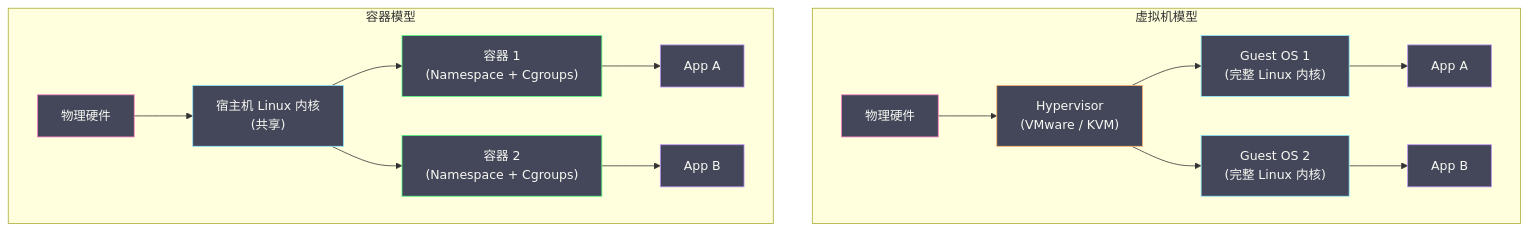
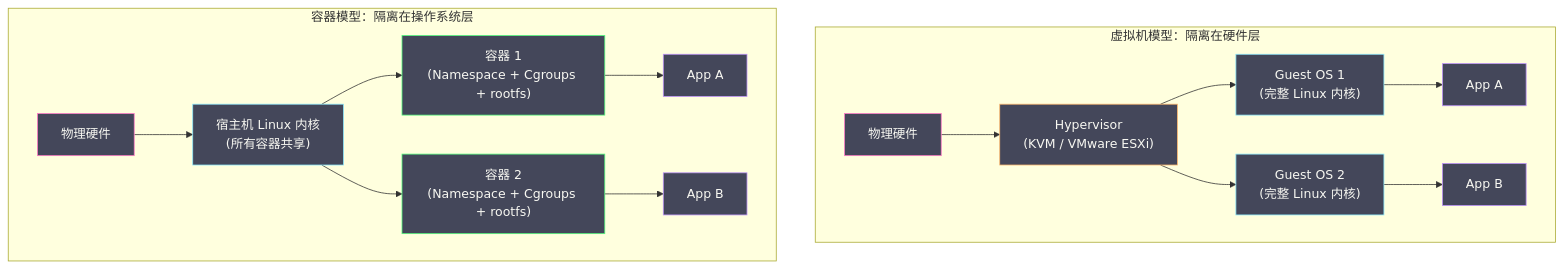
The first of 5 diagrams in content/云原生/Docker/01 容器的本质——从进程隔离到 OCI 标准.md (hpliStartAgain/my-brain), drawn with Mermaid before and after one commit. The commit also changed other lines of this file and 47 other files, not shown here.

````diff
--- a/content/云原生/Docker/01 容器的本质——从进程隔离到 OCI 标准.md
+++ b/content/云原生/Docker/01 容器的本质——从进程隔离到 OCI 标准.md
@@ -46,45 +63,45 @@
 ```mermaid
 %%{init: {'theme': 'dracula'}}%%
 graph TD
-    subgraph "虚拟机模型"
+    subgraph "虚拟机模型：隔离在硬件层"
         HW1["物理硬件"]
-        HV["Hypervisor</br>(VMware / KVM)"]
+        HV["Hypervisor</br>(KVM / VMware ESXi)"]
         VM1["Guest OS 1</br>(完整 Linux 内核)"]
         VM2["Guest OS 2</br>(完整 Linux 内核)"]
         APP1["App A"]
         APP2["App B"]
 
         HW1 --> HV
         HV --> VM1
         HV --> VM2
         VM1 --> APP1
         VM2 --> APP2
     end
 
-    subgraph "容器模型"
+    subgraph "容器模型：隔离在操作系统层"
         HW2["物理硬件"]
-        HOST["宿主机 Linux 内核</br>(共享)"]
-        C1["容器 1</br>(Namespace + Cgroups)"]
-        C2["容器 2</br>(Namespace + Cgroups)"]
+        HOST["宿主机 Linux 内核</br>(所有容器共享)"]
+        C1["容器 1</br>(Namespace + Cgroups + rootfs)"]
+        C2["容器 2</br>(Namespace + Cgroups + rootfs)"]
         APP3["App A"]
         APP4["App B"]
 
         HW2 --> HOST
         HOST --> C1
         HOST --> C2
         C1 --> APP3
         C2 --> APP4
     end
 
     classDef hw fill:#44475a,stroke:#ff79c6,color:#f8f8f2
     classDef hyper fill:#44475a,stroke:#ffb86c,color:#f8f8f2
     classDef os fill:#44475a,stroke:#8be9fd,color:#f8f8f2
     classDef container fill:#44475a,stroke:#50fa7b,color:#f8f8f2
     classDef app fill:#44475a,stroke:#bd93f9,color:#f8f8f2
 
     class HW1,HW2 hw
     class HV hyper
     class VM1,VM2,HOST os
     class C1,C2 container
     class APP1,APP2,APP3,APP4 app
 ```
````
